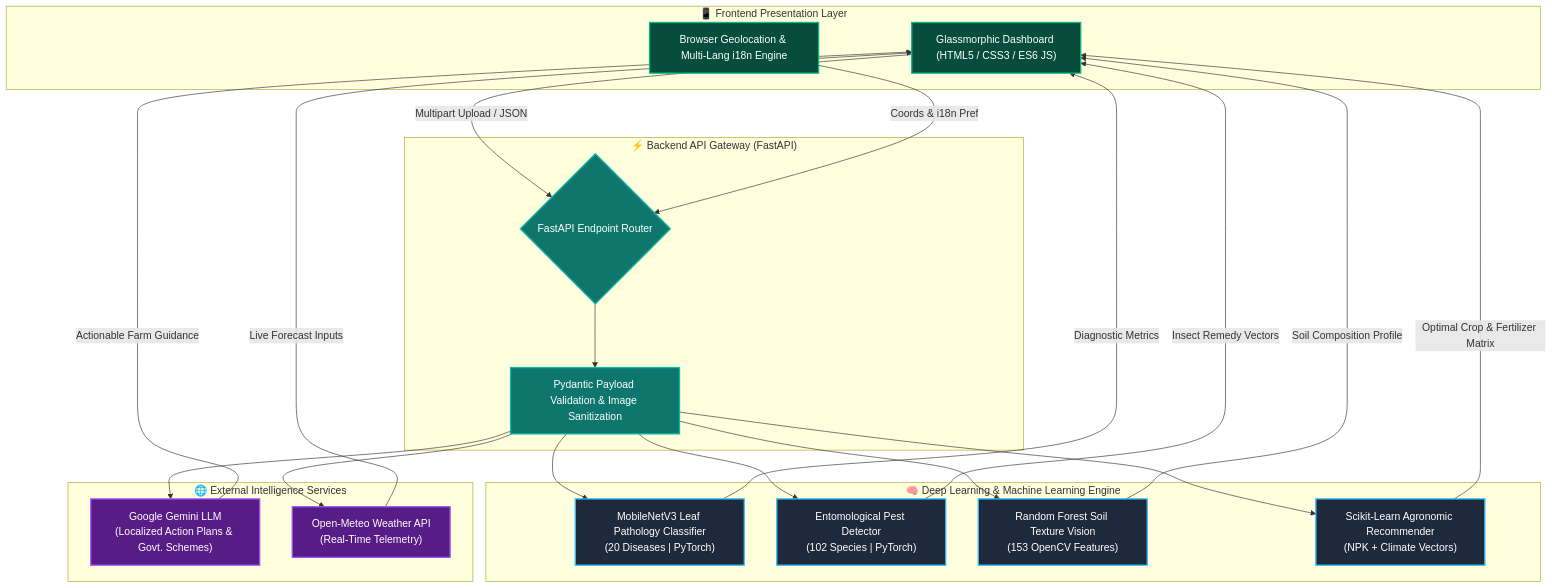
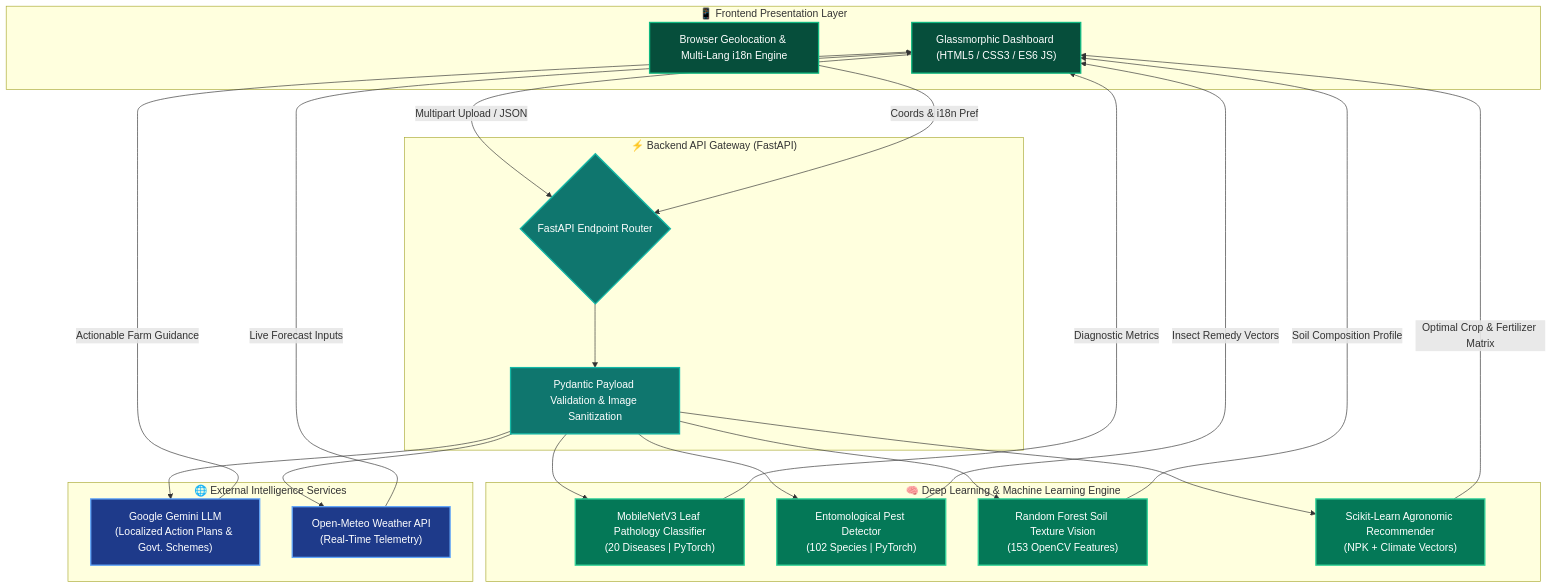
One commit to jeswanth90630/Krishi-ai changed the diagram in README.md. Above: the diagram before and after it, drawn with Mermaid. The commit also changed other lines of this file, not shown here.

````diff
--- a/README.md
+++ b/README.md
@@ -119,47 +106,47 @@
 ```mermaid
 flowchart TD
-    %% Custom Styling
+    %% Custom Styling - Cohesive Green-to-Blue Color Grading
     classDef client fill:#064E3B,stroke:#10B981,stroke-width:2px,color:#FFF;
     classDef gateway fill:#0F766E,stroke:#14B8A6,stroke-width:2px,color:#FFF;
-    classDef model fill:#1E293B,stroke:#38BDF8,stroke-width:2px,color:#FFF;
-    classDef external fill:#581C87,stroke:#A855F7,stroke-width:2px,color:#FFF;
+    classDef model fill:#047857,stroke:#34D399,stroke-width:2px,color:#FFF;
+    classDef external fill:#1E3A8A,stroke:#60A5FA,stroke-width:2px,color:#FFF;
 
     subgraph ClientLayer ["📱 Frontend Presentation Layer"]
         UI["Glassmorphic Dashboard (HTML5 / CSS3 / ES6 JS)"]:::client
         Geo["Browser Geolocation & Multi-Lang i18n Engine"]:::client
     end
 
     subgraph GatewayLayer ["⚡ Backend API Gateway (FastAPI)"]
         Router{"FastAPI Endpoint Router"}:::gateway
         Validator["Pydantic Payload Validation & Image Sanitization"]:::gateway
     end
 
     subgraph InferenceLayer ["🧠 Deep Learning & Machine Learning Engine"]
         DiseaseNet["MobileNetV3 Leaf Pathology Classifier\n(20 Diseases | PyTorch)"]:::model
         PestNet["Entomological Pest Detector\n(102 Species | PyTorch)"]:::model
         SoilNet["Random Forest Soil Texture Vision\n(153 OpenCV Features)"]:::model
         CropML["Scikit-Learn Agronomic Recommender\n(NPK + Climate Vectors)"]:::model
     end
 
     subgraph ExternalLayer ["🌐 External Intelligence Services"]
         Gemini["Google Gemini LLM\n(Localized Action Plans & Govt. Schemes)"]:::external
         OpenMeteo["Open-Meteo Weather API\n(Real-Time Telemetry)"]:::external
     end
 
     UI -->|Multipart Upload / JSON| Router
     Geo -->|Coords & i18n Pref| Router
     Router --> Validator
     Validator --> DiseaseNet
     Validator --> PestNet
     Validator --> SoilNet
     Validator --> CropML
     Validator --> Gemini
     Validator --> OpenMeteo
 
     DiseaseNet -->|Diagnostic Metrics| UI
     PestNet -->|Insect Remedy Vectors| UI
     SoilNet -->|Soil Composition Profile| UI
     CropML -->|Optimal Crop & Fertilizer Matrix| UI
     Gemini -->|Actionable Farm Guidance| UI
     OpenMeteo -->|Live Forecast Inputs| UI
 ```
````
